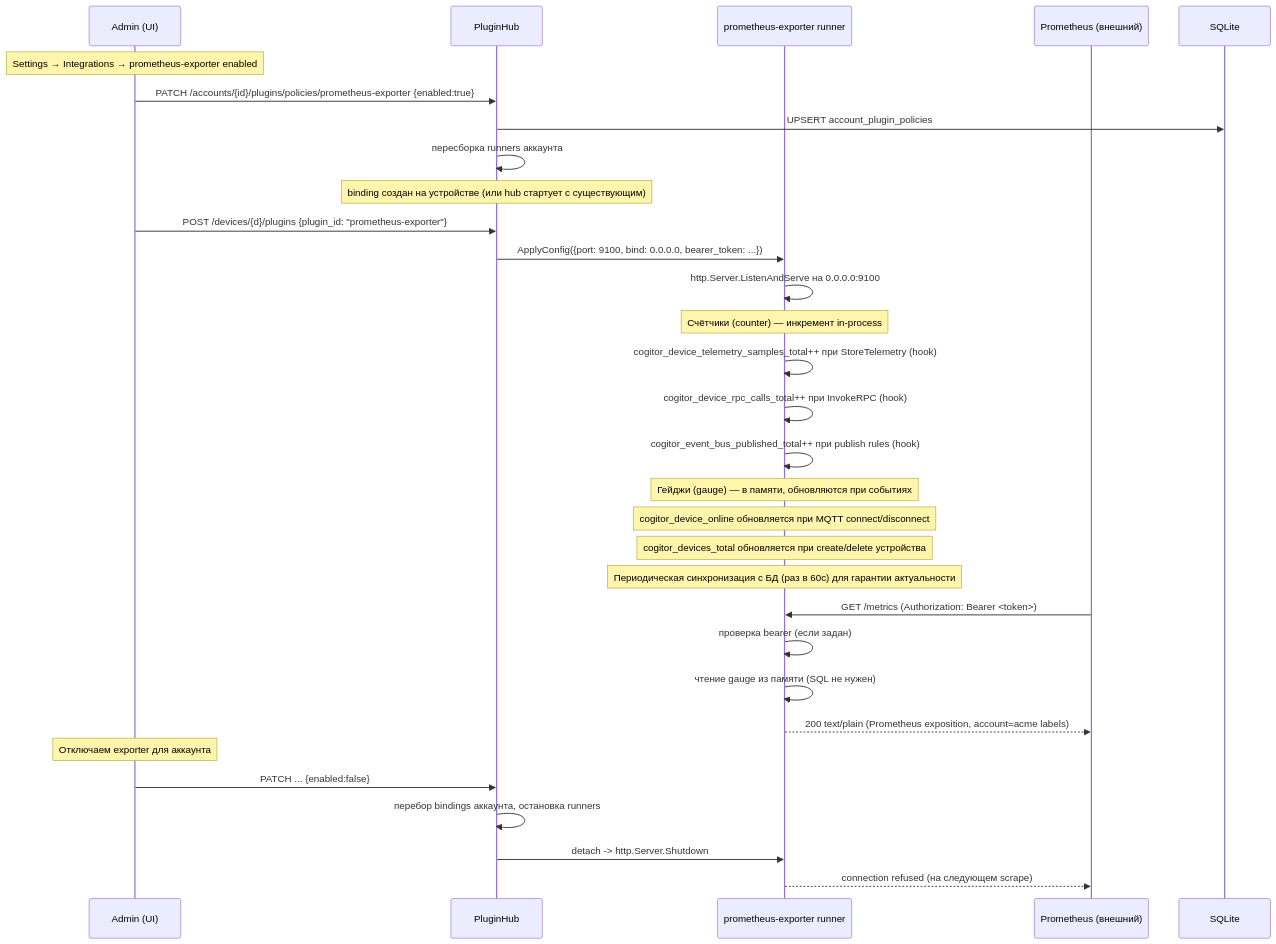
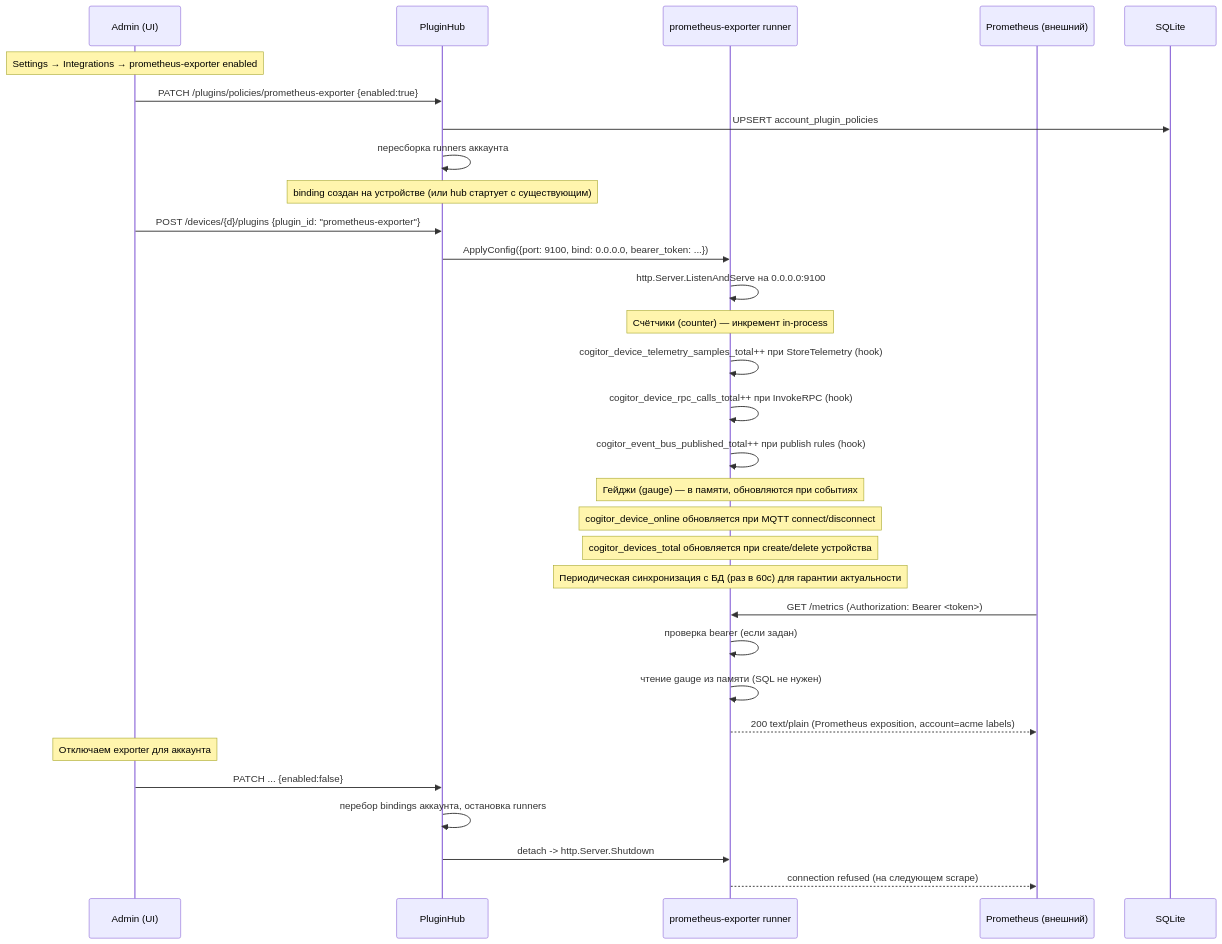
One commit to darvik80/iot-platform-go changed the fourth of 5 diagrams in docs/ru/16-multi-account.md. Above: the diagram before and after it, drawn with Mermaid. The commit also changed other lines of this file and 81 other files, not shown here.

````diff
--- a/docs/ru/16-multi-account.md
+++ b/docs/ru/16-multi-account.md
@@ -391,39 +403,39 @@
 ```mermaid
 sequenceDiagram
     participant Adm as Admin (UI)
     participant H as PluginHub
     participant EX as prometheus-exporter runner
     participant Pr as Prometheus (внешний)
     participant DB as SQLite
 
     Note over Adm: Settings → Integrations → prometheus-exporter enabled
-    Adm->>H: PATCH /accounts/{id}/plugins/policies/prometheus-exporter {enabled:true}
+    Adm->>H: PATCH /plugins/policies/prometheus-exporter {enabled:true}
     H->>DB: UPSERT account_plugin_policies
     H->>H: пересборка runners аккаунта
 
     Note over H: binding создан на устройстве (или hub стартует с существующим)
     Adm->>H: POST /devices/{d}/plugins {plugin_id: "prometheus-exporter"}
     H->>EX: ApplyConfig({port: 9100, bind: 0.0.0.0, bearer_token: ...})
     EX->>EX: http.Server.ListenAndServe на 0.0.0.0:9100
 
     Note over EX: Счётчики (counter) — инкремент in-process
     EX->>EX: cogitor_device_telemetry_samples_total++ при StoreTelemetry (hook)
     EX->>EX: cogitor_device_rpc_calls_total++ при InvokeRPC (hook)
     EX->>EX: cogitor_event_bus_published_total++ при publish rules (hook)
 
     Note over EX: Гейджи (gauge) — в памяти, обновляются при событиях
     Note over EX: cogitor_device_online обновляется при MQTT connect/disconnect
     Note over EX: cogitor_devices_total обновляется при create/delete устройства
     Note over EX: Периодическая синхронизация с БД (раз в 60с) для гарантии актуальности
     
     Pr->>EX: GET /metrics (Authorization: Bearer <token>)
     EX->>EX: проверка bearer (если задан)
     EX->>EX: чтение gauge из памяти (SQL не нужен)
     EX-->>Pr: 200 text/plain (Prometheus exposition, account=acme labels)
 
     Note over Adm: Отключаем exporter для аккаунта
     Adm->>H: PATCH ... {enabled:false}
     H->>H: перебор bindings аккаунта, остановка runners
     H->>EX: detach -> http.Server.Shutdown
     EX-->>Pr: connection refused (на следующем scrape)
 ```
````
